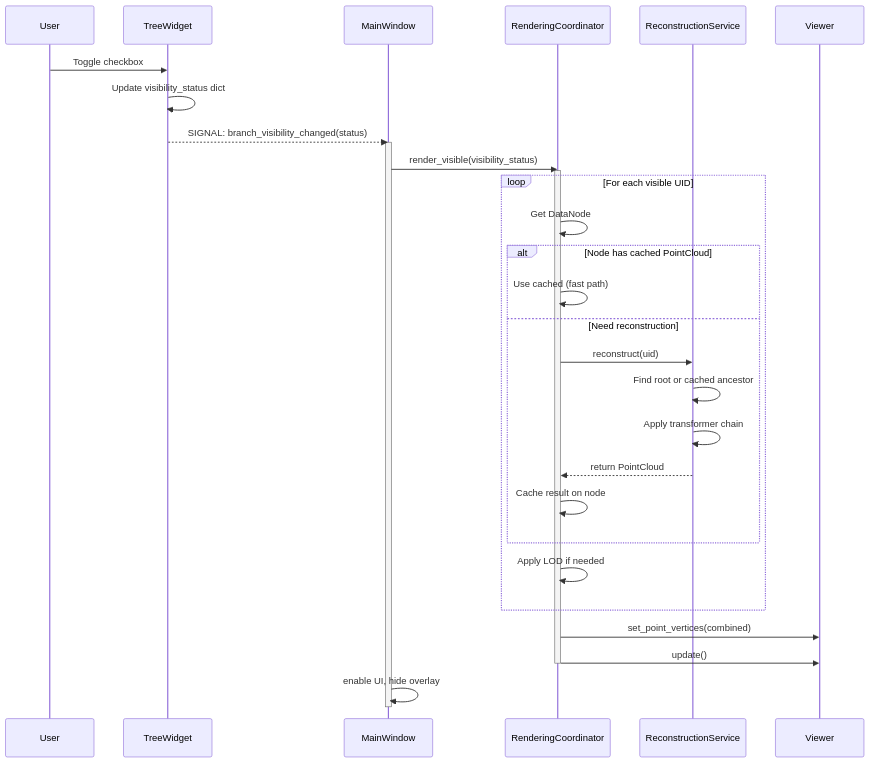
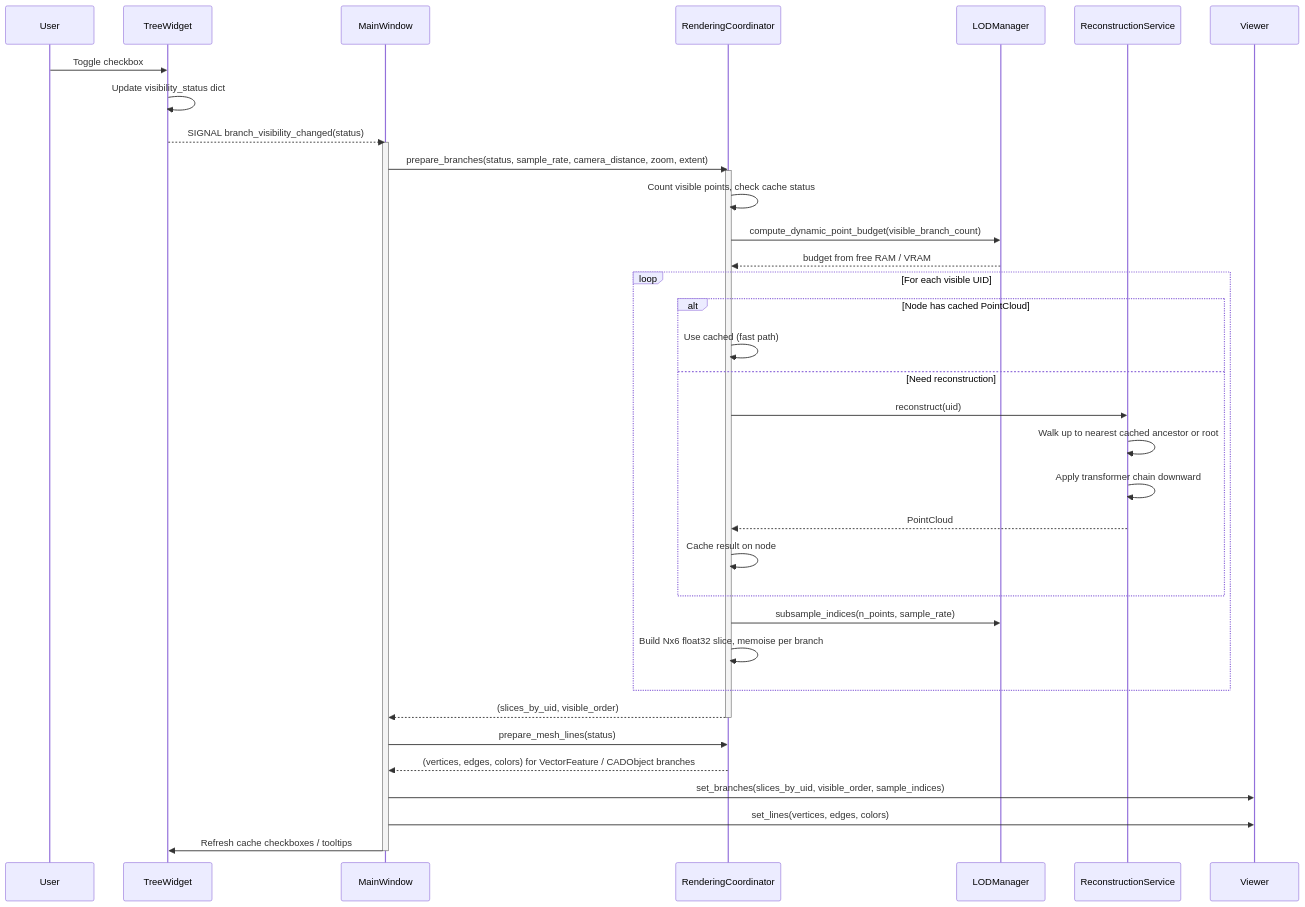
One commit to Sepehr-Sobhani-AU/SPCToolkit changed the fifth of 8 diagrams in ARCHITECTURE.md. Above: the diagram before and after it, drawn with Mermaid. The commit also changed other lines of this file and 2 other files, not shown here.

First line of the commit message:
docs: refresh the architecture references and add generated diagrams

````diff
--- a/ARCHITECTURE.md
+++ b/ARCHITECTURE.md
@@ -268,38 +324,44 @@
 ```mermaid
 sequenceDiagram
     participant User
     participant TW as TreeWidget
     participant MW as MainWindow
     participant RC as RenderingCoordinator
+    participant LM as LODManager
     participant RS as ReconstructionService
     participant PV as Viewer
 
     User->>TW: Toggle checkbox
     TW->>TW: Update visibility_status dict
-
-    TW-->>MW: SIGNAL: branch_visibility_changed(status)
+    TW-->>MW: SIGNAL branch_visibility_changed(status)
 
     activate MW
-    MW->>RC: render_visible(visibility_status)
+    MW->>RC: prepare_branches(status, sample_rate, camera_distance, zoom, extent)
 
     activate RC
+    RC->>RC: Count visible points, check cache status
+    RC->>LM: compute_dynamic_point_budget(visible_branch_count)
+    LM-->>RC: budget from free RAM / VRAM
     loop For each visible UID
-        RC->>RC: Get DataNode
         alt Node has cached PointCloud
             RC->>RC: Use cached (fast path)
         else Need reconstruction
             RC->>RS: reconstruct(uid)
-            RS->>RS: Find root or cached ancestor
-            RS->>RS: Apply transformer chain
-            RS-->>RC: return PointCloud
+            RS->>RS: Walk up to nearest cached ancestor or root
+            RS->>RS: Apply transformer chain downward
+            RS-->>RC: PointCloud
             RC->>RC: Cache result on node
         end
-        RC->>RC: Apply LOD if needed
+        RC->>LM: subsample_indices(n_points, sample_rate)
+        RC->>RC: Build Nx6 float32 slice, memoise per branch
     end
+    RC-->>MW: (slices_by_uid, visible_order)
+    deactivate RC
 
-    RC->>PV: set_point_vertices(combined)
-    RC->>PV: update()
-    deactivate RC
-    MW->>MW: enable UI, hide overlay
+    MW->>RC: prepare_mesh_lines(status)
+    RC-->>MW: (vertices, edges, colors) for VectorFeature / CADObject branches
+    MW->>PV: set_branches(slices_by_uid, visible_order, sample_indices)
+    MW->>PV: set_lines(vertices, edges, colors)
+    MW->>TW: Refresh cache checkboxes / tooltips
     deactivate MW
 ```
````
